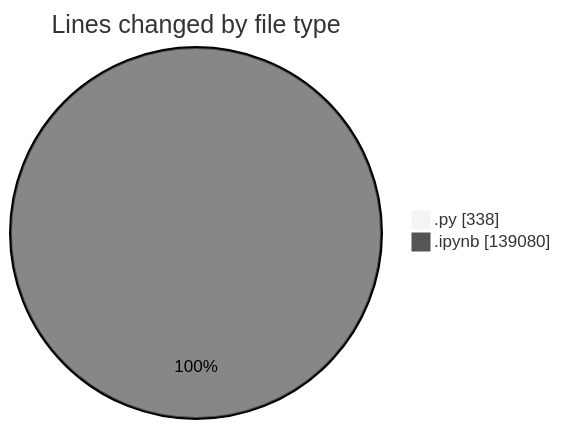
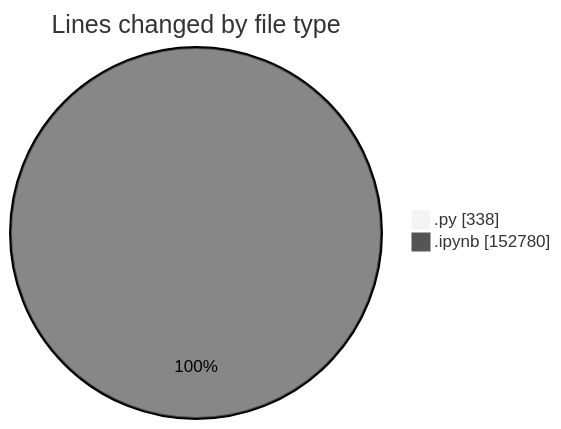
The first of 2 diagrams in 2025-10-07/untitled__workspace_/README.md (MatusMokan/code-tracking), drawn with Mermaid (neutral theme) before and after one commit. The commit also changed other lines of this file and 1 other file, not shown here.

````diff
--- a/2025-10-07/untitled__workspace_/README.md
+++ b/2025-10-07/untitled__workspace_/README.md
@@ -22,6 +22,6 @@
 ```mermaid
 pie showData
 title Lines changed by file type
 ".py" : 338
-".ipynb" : 139080
+".ipynb" : 152780
 ```
````
